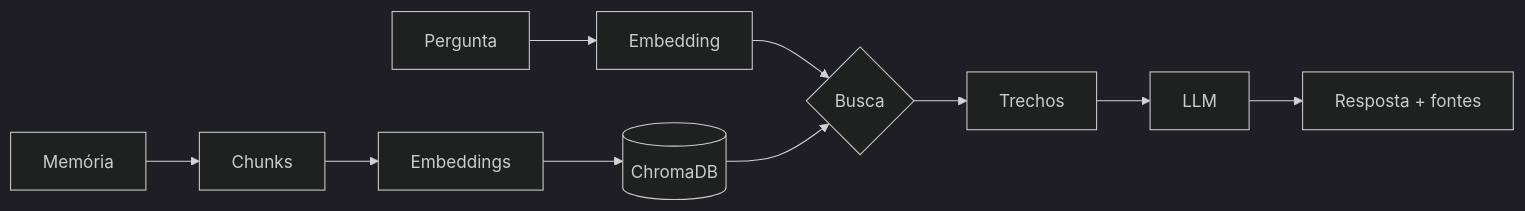
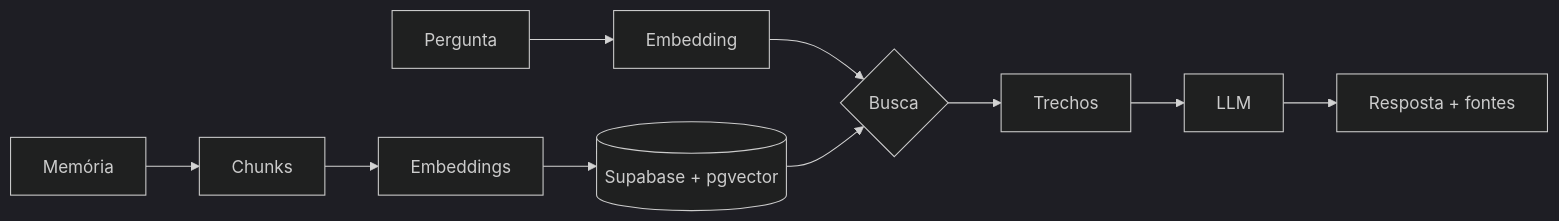
One commit to BrunoFernandes1302/lembra changed the diagram in README.md. Above: the diagram before and after it, drawn with Mermaid (dark theme). The commit also changed other lines of this file, not shown here.

First line of the commit message:
README: agente com recorrências, diagrama com Supabase e sem convites

````diff
--- a/README.md
+++ b/README.md
@@ -21,6 +21,6 @@
 ```mermaid
 flowchart LR
-    A[Memória] --> B[Chunks] --> C[Embeddings] --> D[(ChromaDB)]
+    A[Memória] --> B[Chunks] --> C[Embeddings] --> D[(Supabase + pgvector)]
     P[Pergunta] --> E[Embedding] --> F{Busca} --> G[Trechos] --> H[LLM] --> R[Resposta + fontes]
     D --> F
 ```
````
